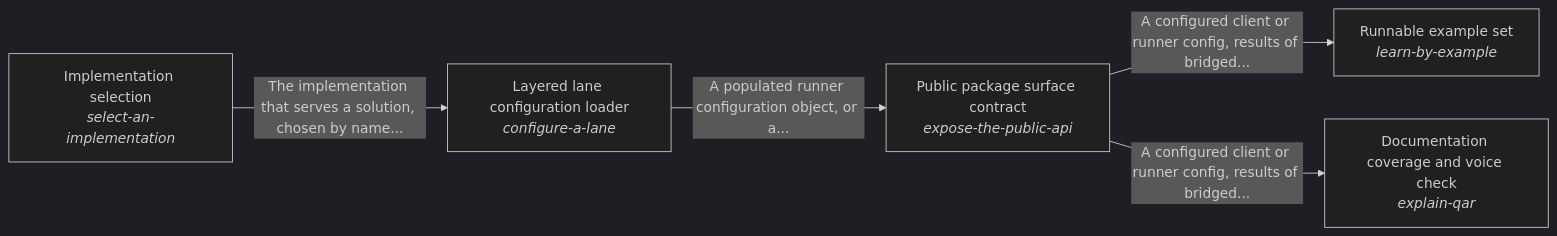
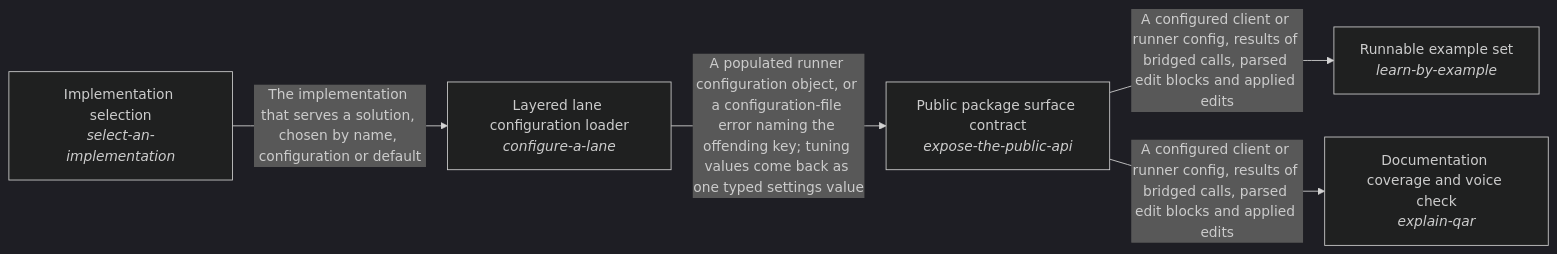
One commit to SpiritualData/quest-ai-runner changed the diagram in quest_ai_runner/take_in_the_world/README.md. Above: the diagram before and after it, drawn with Mermaid (dark theme). The commit also changed other lines of this file and 91 other files, not shown here.

First line of the commit message:
Docs follow the restructured hub: module paths, ids, generated tables, READMEs and diagrams regenerated

````diff
--- a/quest_ai_runner/take_in_the_world/README.md
+++ b/quest_ai_runner/take_in_the_world/README.md
@@ -17,12 +17,12 @@
 ```mermaid
 flowchart LR
     s0["Public package surface contract<br/><i>expose-the-public-api</i>"]
     s1["Runnable example set<br/><i>learn-by-example</i>"]
     s2["Layered lane configuration loader<br/><i>configure-a-lane</i>"]
     s3["Documentation coverage and voice check<br/><i>explain-qar</i>"]
     s4["Implementation selection<br/><i>select-an-implementation</i>"]
-    s0 -->|"A configured client or runner config, results of bridged..."| s1
-    s0 -->|"A configured client or runner config, results of bridged..."| s3
-    s2 -->|"A populated runner configuration object, or a..."| s0
-    s4 -->|"The implementation that serves a solution, chosen by name..."| s2
+    s0 -->|"A configured client or runner config, results of bridged calls, parsed edit blocks and applied edits"| s1
+    s0 -->|"A configured client or runner config, results of bridged calls, parsed edit blocks and applied edits"| s3
+    s2 -->|"A populated runner configuration object, or a configuration-file error naming the offending key; tuning values come back as one typed settings value"| s0
+    s4 -->|"The implementation that serves a solution, chosen by name, configuration or default"| s2
 ```
````
